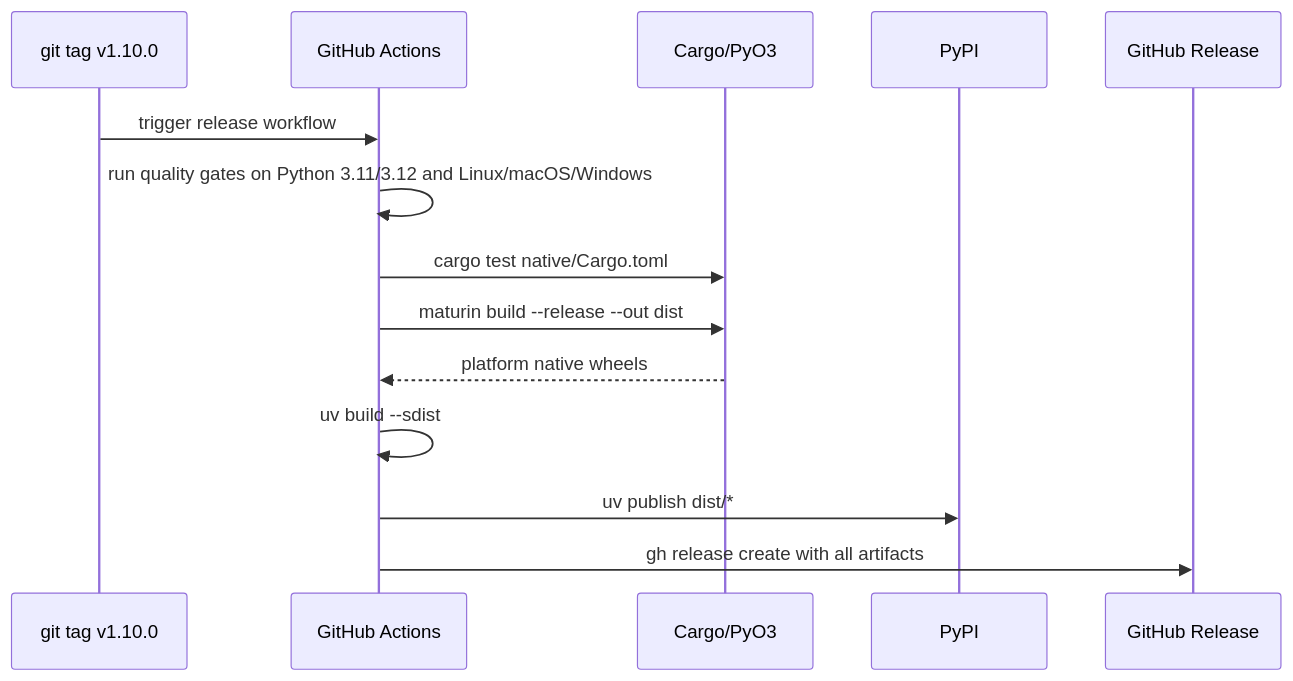
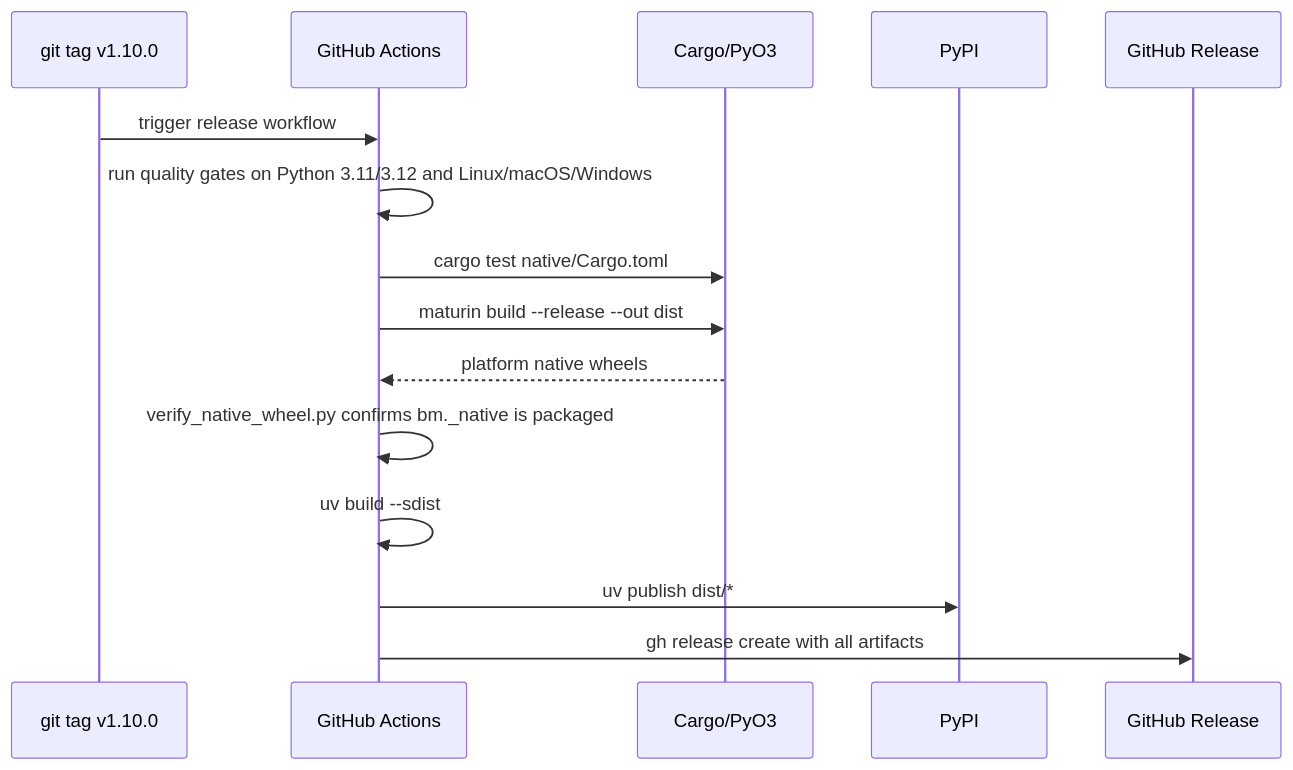
Before and after one commit to Benmore-Studio/Benmore-Meridian: the third of 3 diagrams in docs/RELEASE_HARDENING.md, drawn with Mermaid. The commit also changed other lines of this file and 4 other files, not shown here.

Commit message:
Verify native wheel packaging in release pipeline

````diff
--- a/docs/RELEASE_HARDENING.md
+++ b/docs/RELEASE_HARDENING.md
@@ -52,17 +62,18 @@
 ```mermaid
 sequenceDiagram
     participant Tag as git tag v1.10.0
     participant CI as GitHub Actions
     participant Rust as Cargo/PyO3
     participant PyPI as PyPI
     participant GH as GitHub Release
 
     Tag->>CI: trigger release workflow
     CI->>CI: run quality gates on Python 3.11/3.12 and Linux/macOS/Windows
     CI->>Rust: cargo test native/Cargo.toml
     CI->>Rust: maturin build --release --out dist
     Rust-->>CI: platform native wheels
+    CI->>CI: verify_native_wheel.py confirms bm._native is packaged
     CI->>CI: uv build --sdist
     CI->>PyPI: uv publish dist/*
     CI->>GH: gh release create with all artifacts
 ```
````
